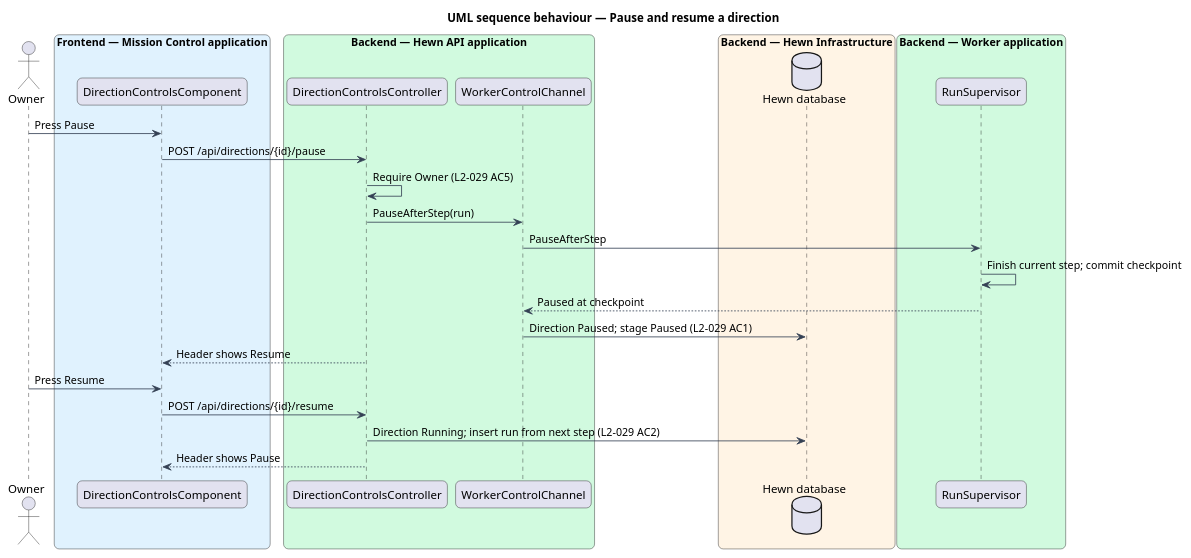
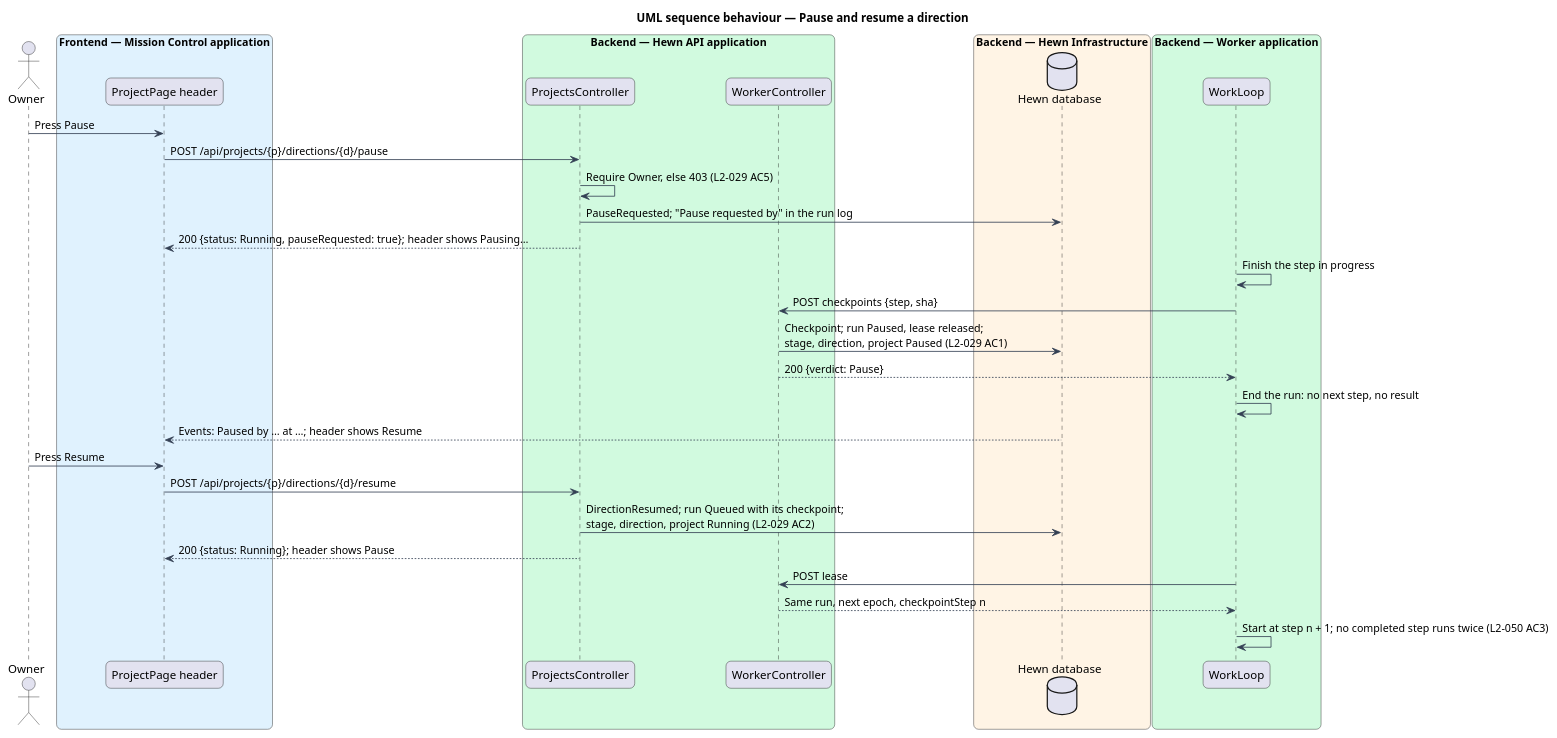
One commit to QuinntyneBrown/hewn changed the diagram in docs/detailed-designs/pipeline/pause-resume-cancel-stop/diagrams/sequence-pause-resume.puml. Above: the diagram before and after it, drawn with PlantUML. The commit also changed 58 other files, not shown here.

First line of the commit message:
Pause and resume a direction (journey 6, L2-029, L2-050) (#14)

```diff
--- a/docs/detailed-designs/pipeline/pause-resume-cancel-stop/diagrams/sequence-pause-resume.puml
+++ b/docs/detailed-designs/pipeline/pause-resume-cancel-stop/diagrams/sequence-pause-resume.puml
@@ -1,45 +1,50 @@
 @startuml
 title UML sequence behaviour — Pause and resume a direction
 skinparam backgroundColor #FFFFFF
 skinparam shadowing false
 skinparam roundcorner 12
 skinparam defaultFontName Arial
 skinparam ArrowColor #344054
 skinparam rectangle {
   BorderColor #344054
   FontColor #101828
 }
 skinparam package {
   BorderColor #667085
   FontColor #101828
   BackgroundColor #F9FAFB
 }
 skinparam sequenceMessageAlign left
 actor "Owner" as owner
 box "Frontend — Mission Control application" #E0F2FE
-  participant "DirectionControlsComponent" as ctl
+  participant "ProjectPage header" as ctl
 end box
 box "Backend — Hewn API application" #D1FADF
-  participant "DirectionControlsController" as dc
-  participant "WorkerControlChannel" as chan
+  participant "ProjectsController" as dc
+  participant "WorkerController" as wc
 end box
 box "Backend — Hewn Infrastructure" #FFF4E5
   database "Hewn database" as db
 end box
 box "Backend — Worker application" #D1FADF
-  participant "RunSupervisor" as sup
+  participant "WorkLoop" as loop
 end box
 owner -> ctl : Press Pause
-ctl -> dc : POST /api/directions/{id}/pause
-dc -> dc : Require Owner (L2-029 AC5)
-dc -> chan : PauseAfterStep(run)
-chan -> sup : PauseAfterStep
-sup -> sup : Finish current step; commit checkpoint
-sup --> chan : Paused at checkpoint
-chan -> db : Direction Paused; stage Paused (L2-029 AC1)
-dc --> ctl : Header shows Resume
+ctl -> dc : POST /api/projects/{p}/directions/{d}/pause
+dc -> dc : Require Owner, else 403 (L2-029 AC5)
+dc -> db : PauseRequested; "Pause requested by" in the run log
+dc --> ctl : 200 {status: Running, pauseRequested: true}; header shows Pausing…
+loop -> loop : Finish the step in progress
+loop -> wc : POST checkpoints {step, sha}
+wc -> db : Checkpoint; run Paused, lease released;\nstage, direction, project Paused (L2-029 AC1)
+wc --> loop : 200 {verdict: Pause}
+loop -> loop : End the run: no next step, no result
+db --> ctl : Events: Paused by … at …; header shows Resume
 owner -> ctl : Press Resume
-ctl -> dc : POST /api/directions/{id}/resume
-dc -> db : Direction Running; insert run from next step (L2-029 AC2)
-dc --> ctl : Header shows Pause
+ctl -> dc : POST /api/projects/{p}/directions/{d}/resume
+dc -> db : DirectionResumed; run Queued with its checkpoint;\nstage, direction, project Running (L2-029 AC2)
+dc --> ctl : 200 {status: Running}; header shows Pause
+loop -> wc : POST lease
+wc --> loop : Same run, next epoch, checkpointStep n
+loop -> loop : Start at step n + 1; no completed step runs twice (L2-050 AC3)
 @enduml
```
